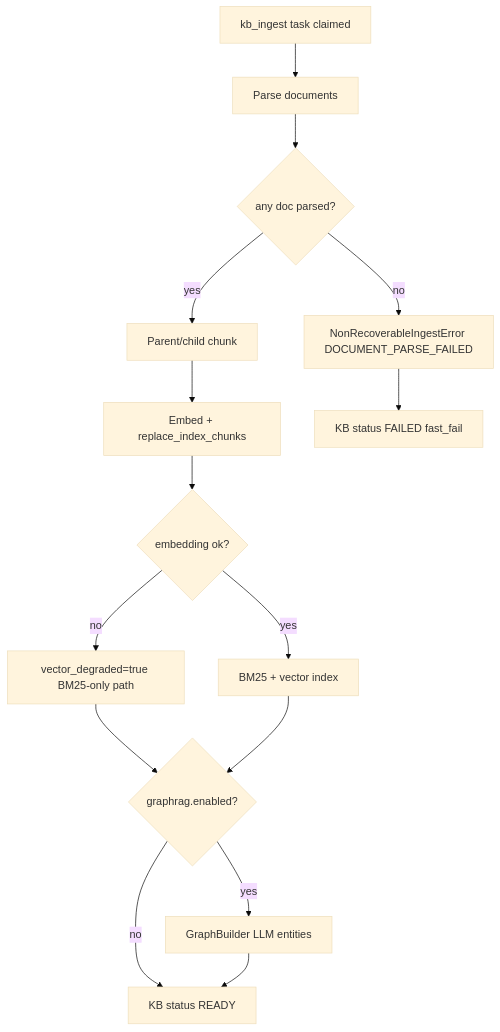
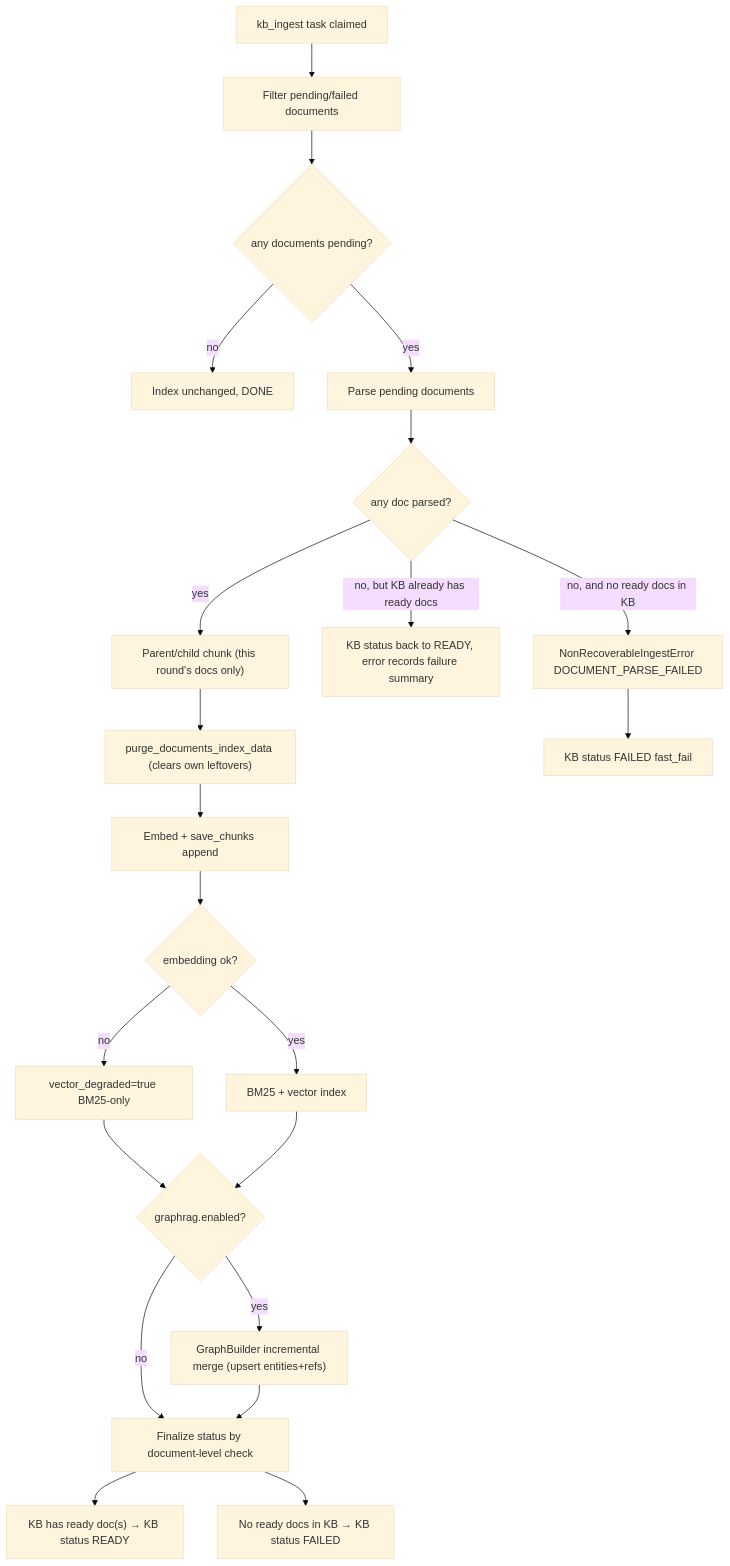
Before and after one commit to OceaLong/opencitadel: the first of 2 diagrams in docs/architecture/knowledge-base-ingestion.md, drawn with Mermaid (base theme). The commit also changed other lines of this file and 28 other files, not shown here.

````diff
--- a/docs/architecture/knowledge-base-ingestion.md
+++ b/docs/architecture/knowledge-base-ingestion.md
@@ -26,17 +33,24 @@
 ```mermaid
 flowchart TD
-  Start["kb_ingest task claimed"] --> Parse["Parse documents"]
+  Start["kb_ingest task claimed"] --> Select["Filter pending/failed documents"]
+  Select --> HasPending{"any documents pending?"}
+  HasPending -->|"no"| NoOp["Index unchanged, DONE"]
+  HasPending -->|"yes"| Parse["Parse pending documents"]
   Parse --> ParseFail{"any doc parsed?"}
-  ParseFail -->|"no"| NonRecov["NonRecoverableIngestError DOCUMENT_PARSE_FAILED"]
-  ParseFail -->|"yes"| Chunk["Parent/child chunk"]
-  Chunk --> Embed["Embed + replace_index_chunks"]
+  ParseFail -->|"no, and no ready docs in KB"| NonRecov["NonRecoverableIngestError DOCUMENT_PARSE_FAILED"]
+  ParseFail -->|"no, but KB already has ready docs"| KeepReady["KB status back to READY, error records failure summary"]
+  ParseFail -->|"yes"| Chunk["Parent/child chunk (this round's docs only)"]
+  Chunk --> Purge["purge_documents_index_data (clears own leftovers)"]
+  Purge --> Embed["Embed + save_chunks append"]
   Embed --> EmbedOk{"embedding ok?"}
-  EmbedOk -->|"no"| Degraded["vector_degraded=true BM25-only path"]
+  EmbedOk -->|"no"| Degraded["vector_degraded=true BM25-only"]
   EmbedOk -->|"yes"| Index["BM25 + vector index"]
   Degraded --> GraphCheck{"graphrag.enabled?"}
   Index --> GraphCheck
-  GraphCheck -->|"yes"| Graph["GraphBuilder LLM entities"]
-  GraphCheck -->|"no"| Ready["KB status READY"]
-  Graph --> Ready
+  GraphCheck -->|"yes"| Graph["GraphBuilder incremental merge (upsert entities+refs)"]
+  GraphCheck -->|"no"| Finalize["Finalize status by document-level check"]
+  Graph --> Finalize
+  Finalize --> Ready["KB has ready doc(s) → KB status READY"]
+  Finalize --> Failed2["No ready docs in KB → KB status FAILED"]
   NonRecov --> Failed["KB status FAILED fast_fail"]
 ```
````
